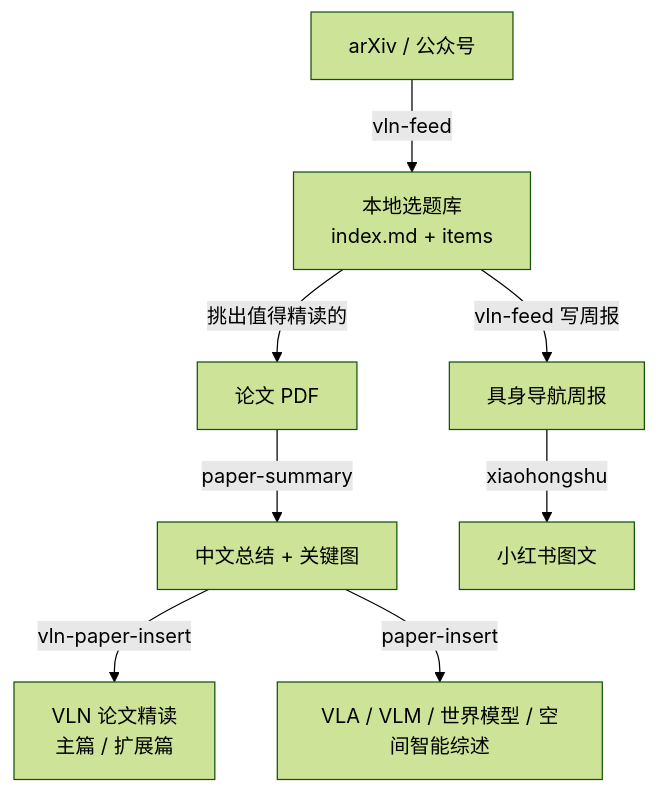
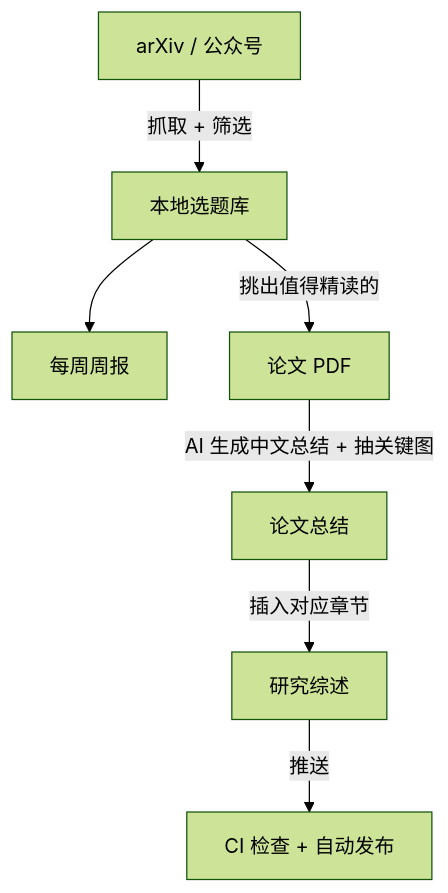
The diagram in _posts/blog/2026-10-24-Building-This-Blog-with-Skills.md (TingdeLiu/tingdeliu.github.io), drawn with Mermaid (forest theme) before and after one commit. The commit also changed other lines of this file and 2 other files, not shown here.

````diff
--- a/_posts/blog/2026-10-24-Building-This-Blog-with-Skills.md
+++ b/_posts/blog/2026-10-24-Building-This-Blog-with-Skills.md
@@ -131,10 +23,9 @@
 ```mermaid
 flowchart TD
-    A[arXiv / 公众号] -->|vln-feed| B[本地选题库<br/>index.md + items]
-    B -->|vln-feed 写周报| C[具身导航周报]
+    A[arXiv / 公众号] -->|抓取 + 筛选| B[本地选题库]
+    B --> C[每周周报]
     B -->|挑出值得精读的| D[论文 PDF]
-    D -->|paper-summary| E[中文总结 + 关键图]
-    E -->|vln-paper-insert| F[VLN 论文精读<br/>主篇 / 扩展篇]
-    E -->|paper-insert| G[VLA / VLM / 世界模型 / 空间智能综述]
-    C -->|xiaohongshu| H[小红书图文]
+    D -->|AI 生成中文总结 + 抽关键图| E[论文总结]
+    E -->|插入对应章节| F[研究综述]
+    F -->|推送| G[CI 检查 + 自动发布]
 ```
````
